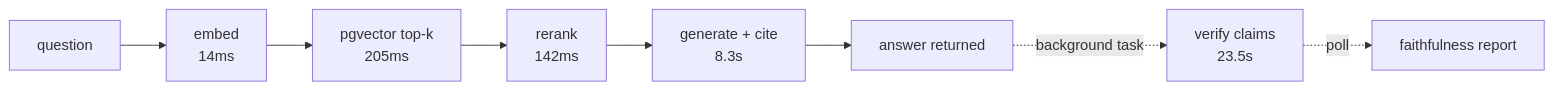
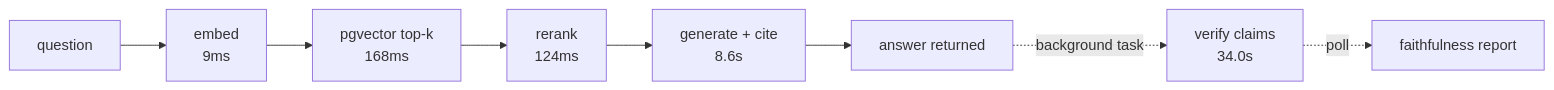
The second of 2 diagrams in README.md (smz-exe/explain-rag), drawn with Mermaid before and after one commit. The commit also changed other lines of this file and 1 other file, not shown here.

````diff
--- a/README.md
+++ b/README.md
@@ -55,5 +57,5 @@
 ```mermaid
 flowchart LR
-    Q[question] --> E[embed<br>14ms] --> R[pgvector top-k<br>205ms] --> RR[rerank<br>142ms] --> G[generate + cite<br>8.3s] --> A[answer returned]
-    A -. background task .-> V[verify claims<br>23.5s] -. poll .-> F[faithfulness report]
+    Q[question] --> E[embed<br>9ms] --> R[pgvector top-k<br>168ms] --> RR[rerank<br>124ms] --> G[generate + cite<br>8.6s] --> A[answer returned]
+    A -. background task .-> V[verify claims<br>34.0s] -. poll .-> F[faithfulness report]
 ```
````
